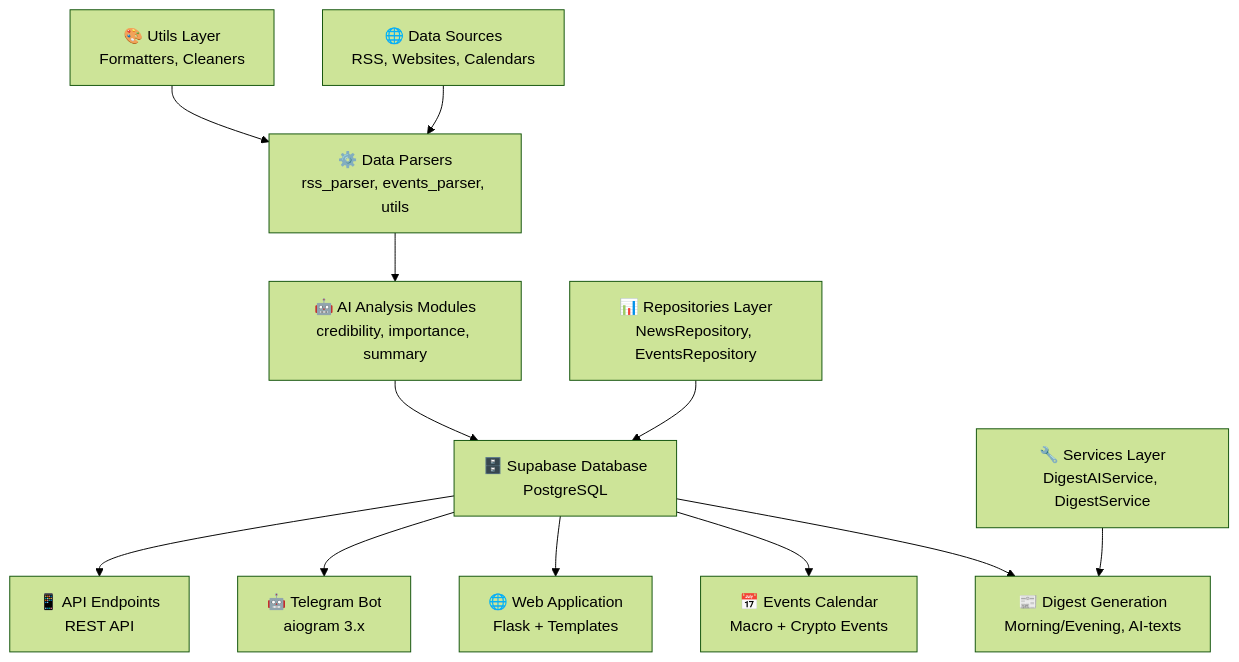
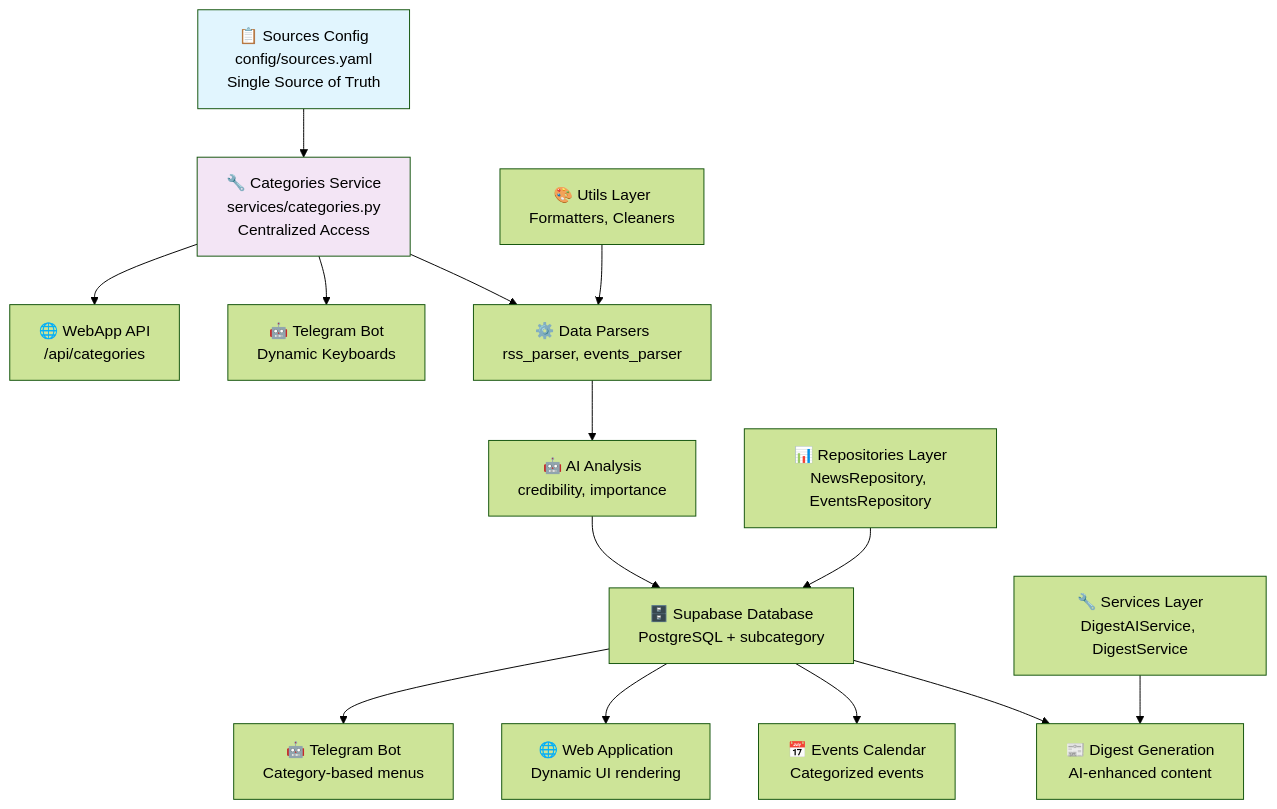
The first of 3 diagrams in docs/ARCHITECTURE.md (denius89/news_ai_bot), drawn with Mermaid (forest theme) before and after one commit. The commit also changed other lines of this file and 11 other files, not shown here.

First line of the commit message:
feat: unify categories (single source of truth) + icons + integration

````diff
--- a/docs/ARCHITECTURE.md
+++ b/docs/ARCHITECTURE.md
@@ -23,15 +23,22 @@
 ```mermaid
 flowchart TD
-    A["🌐 Data Sources<br/>RSS, Websites, Calendars"] --> B["⚙️ Data Parsers<br/>rss_parser, events_parser, utils"]
-    B --> C["🤖 AI Analysis Modules<br/>credibility, importance, summary"]
-    C --> D["🗄️ Supabase Database<br/>PostgreSQL"]
-    D --> E["📰 Digest Generation<br/>Morning/Evening, AI-texts"]
-    D --> F["📅 Events Calendar<br/>Macro + Crypto Events"]
-    D --> G["🌐 Web Application<br/>Flask + Templates"]
-    D --> H["🤖 Telegram Bot<br/>aiogram 3.x"]
-    D --> I["📱 API Endpoints<br/>REST API"]
+    A["📋 Sources Config<br/>config/sources.yaml<br/>Single Source of Truth"] --> B["🔧 Categories Service<br/>services/categories.py<br/>Centralized Access"]
     
-    J["🔧 Services Layer<br/>DigestAIService, DigestService"] --> E
-    K["📊 Repositories Layer<br/>NewsRepository, EventsRepository"] --> D
-    L["🎨 Utils Layer<br/>Formatters, Cleaners"] --> B
+    B --> C["⚙️ Data Parsers<br/>rss_parser, events_parser"]
+    B --> D["🤖 Telegram Bot<br/>Dynamic Keyboards"]
+    B --> E["🌐 WebApp API<br/>/api/categories"]
+    
+    C --> F["🤖 AI Analysis<br/>credibility, importance"]
+    F --> G["🗄️ Supabase Database<br/>PostgreSQL + subcategory"]
+    G --> H["📰 Digest Generation<br/>AI-enhanced content"]
+    G --> I["📅 Events Calendar<br/>Categorized events"]
+    G --> J["🌐 Web Application<br/>Dynamic UI rendering"]
+    G --> K["🤖 Telegram Bot<br/>Category-based menus"]
+    
+    L["🔧 Services Layer<br/>DigestAIService, DigestService"] --> H
+    M["📊 Repositories Layer<br/>NewsRepository, EventsRepository"] --> G
+    N["🎨 Utils Layer<br/>Formatters, Cleaners"] --> C
+    
+    style A fill:#e1f5fe
+    style B fill:#f3e5f5
 ```
````
